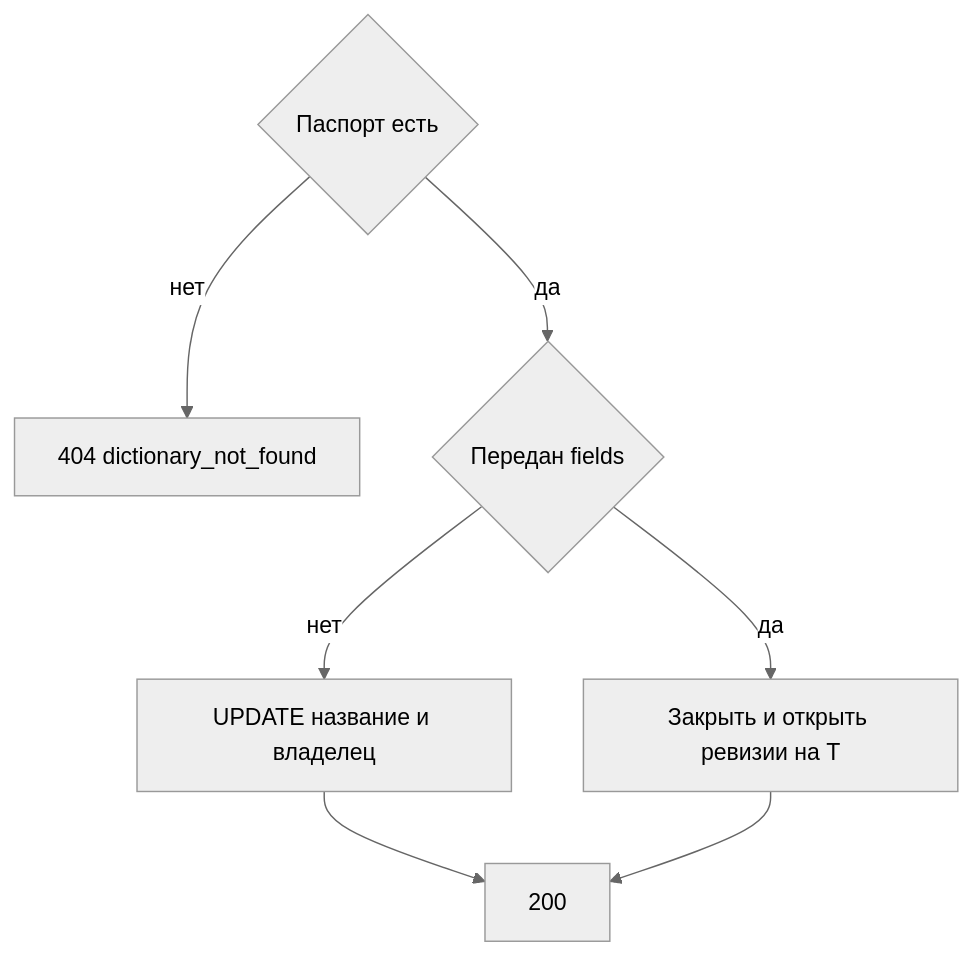
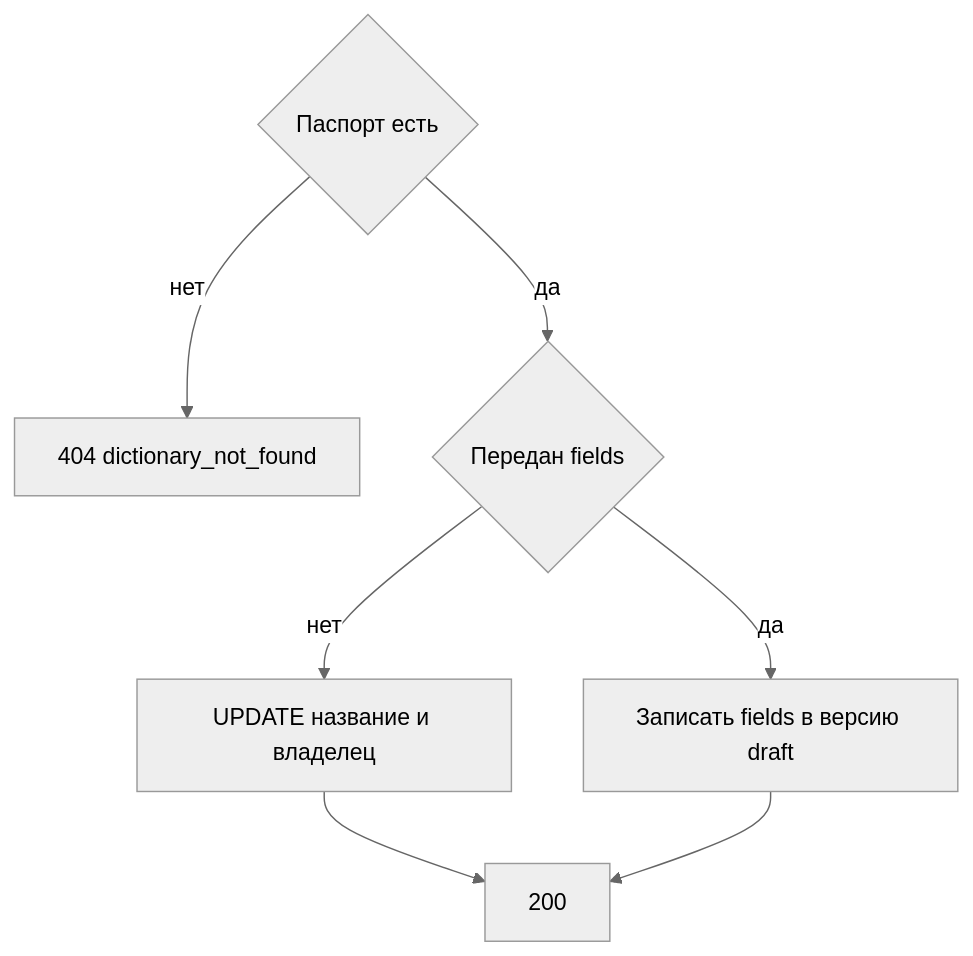
Before and after one commit to StrannikE95/reference_data: the diagram in docs/1. functional/specification/v2 - 1 таблица/api/management.api/MetadataController/patch_dictionary.md, drawn with Mermaid (neutral theme). The commit also changed other lines of this file and 14 other files, not shown here.

````diff
--- a/docs/1. functional/specification/v2 - 1 таблица/api/management.api/MetadataController/patch_dictionary.md
+++ b/docs/1. functional/specification/v2 - 1 таблица/api/management.api/MetadataController/patch_dictionary.md
@@ -92,9 +93,9 @@
 ```mermaid
 flowchart TD
   found{"Паспорт есть"} -->|нет| miss["404 dictionary_not_found"]
   found -->|да| cols{"Передан fields"}
   cols -->|нет| save["UPDATE название и владелец"]
-  cols -->|да| rev["Закрыть и открыть ревизии на T"]
+  cols -->|да| draft["Записать fields в версию draft"]
   save --> ok["200"]
-  rev --> ok
+  draft --> ok
 ```
````
